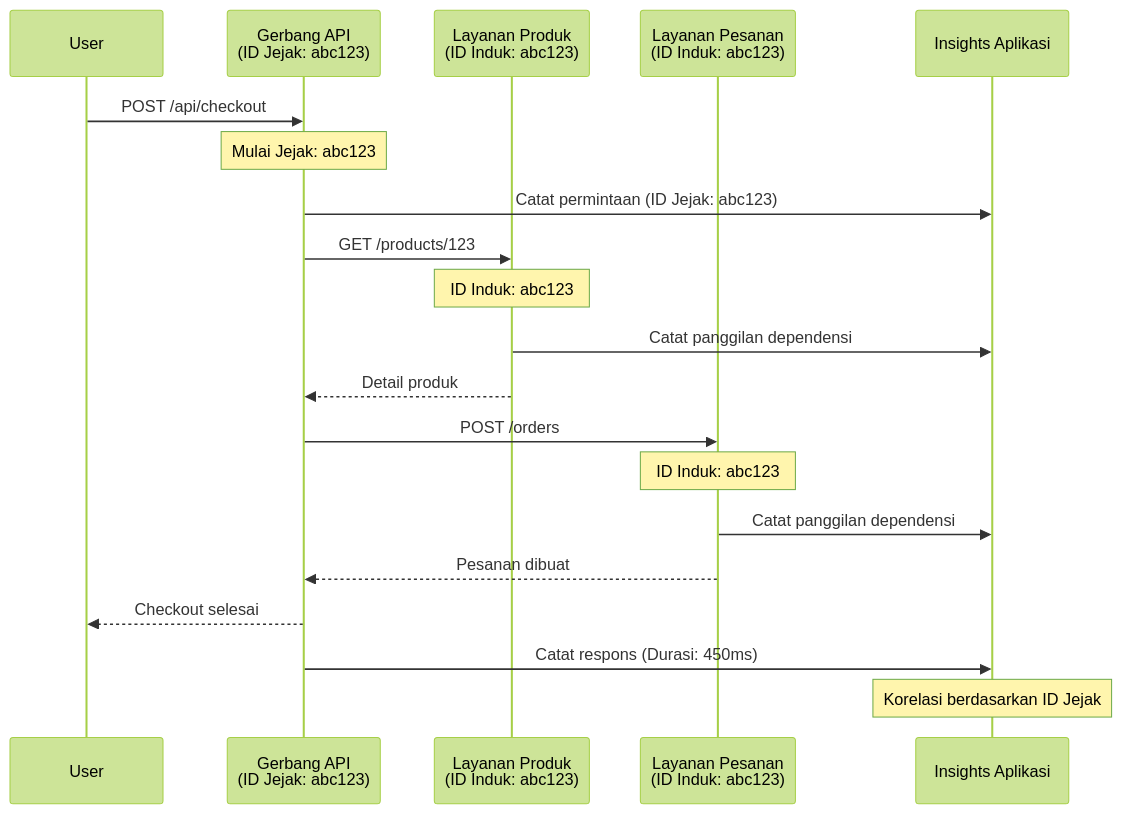
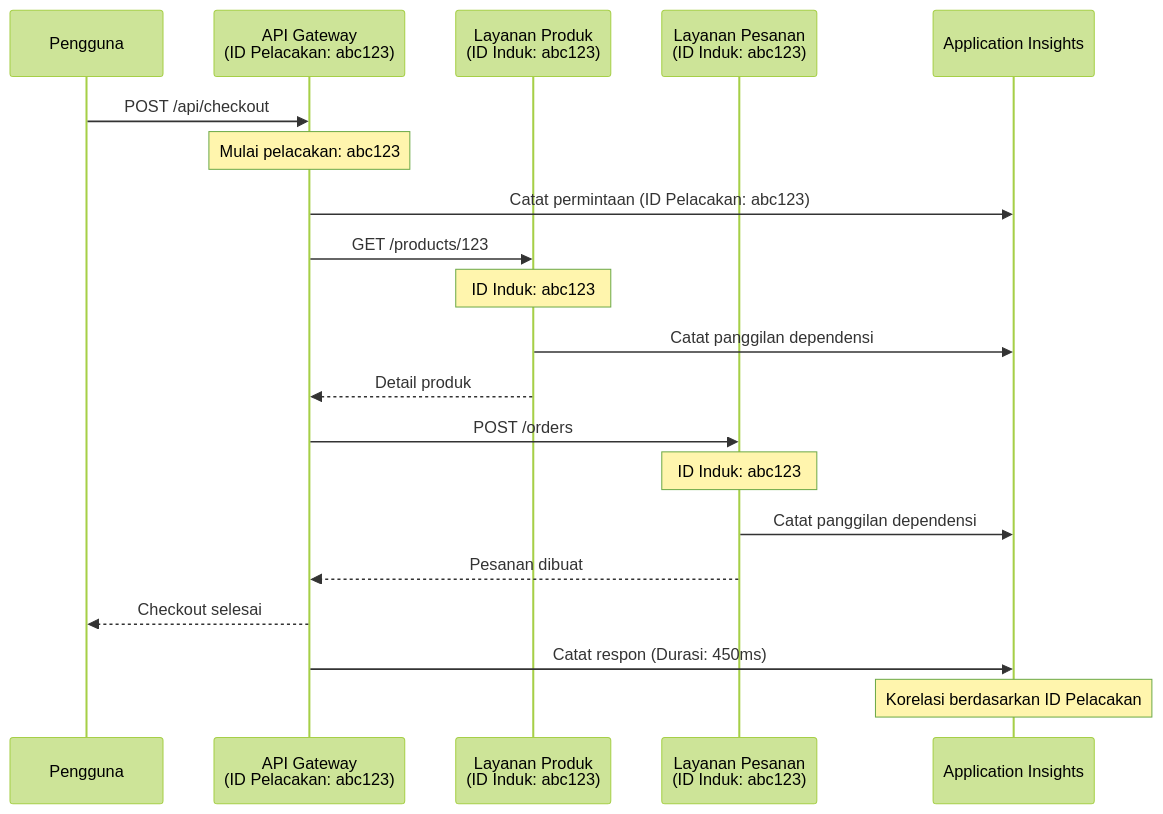
One commit to microsoft/AZD-for-beginners changed the second of 2 diagrams in translations/id/docs/chapter-06-pre-deployment/application-insights.md. Above: the diagram before and after it, drawn with Mermaid (forest theme). The commit also changed other lines of this file and 101 other files, not shown here.

````diff
--- a/translations/id/docs/chapter-06-pre-deployment/application-insights.md
+++ b/translations/id/docs/chapter-06-pre-deployment/application-insights.md
@@ -744,27 +744,27 @@
 ```mermaid
 sequenceDiagram
-    participant User
-    participant Gateway as Gerbang API<br/>(ID Jejak: abc123)
+    participant User as Pengguna
+    participant Gateway as API Gateway<br/>(ID Pelacakan: abc123)
     participant Product as Layanan Produk<br/>(ID Induk: abc123)
     participant Order as Layanan Pesanan<br/>(ID Induk: abc123)
-    participant AppInsights as Insights Aplikasi
+    participant AppInsights as Application Insights
     
     User->>Gateway: POST /api/checkout
-    Note over Gateway: Mulai Jejak: abc123
-    Gateway->>AppInsights: Catat permintaan (ID Jejak: abc123)
+    Note over Gateway: Mulai pelacakan: abc123
+    Gateway->>AppInsights: Catat permintaan (ID Pelacakan: abc123)
     
     Gateway->>Product: GET /products/123
     Note over Product: ID Induk: abc123
     Product->>AppInsights: Catat panggilan dependensi
     Product-->>Gateway: Detail produk
     
     Gateway->>Order: POST /orders
     Note over Order: ID Induk: abc123
     Order->>AppInsights: Catat panggilan dependensi
     Order-->>Gateway: Pesanan dibuat
     
     Gateway-->>User: Checkout selesai
-    Gateway->>AppInsights: Catat respons (Durasi: 450ms)
+    Gateway->>AppInsights: Catat respon (Durasi: 450ms)
     
-    Note over AppInsights: Korelasi berdasarkan ID Jejak
+    Note over AppInsights: Korelasi berdasarkan ID Pelacakan
 ```
````
